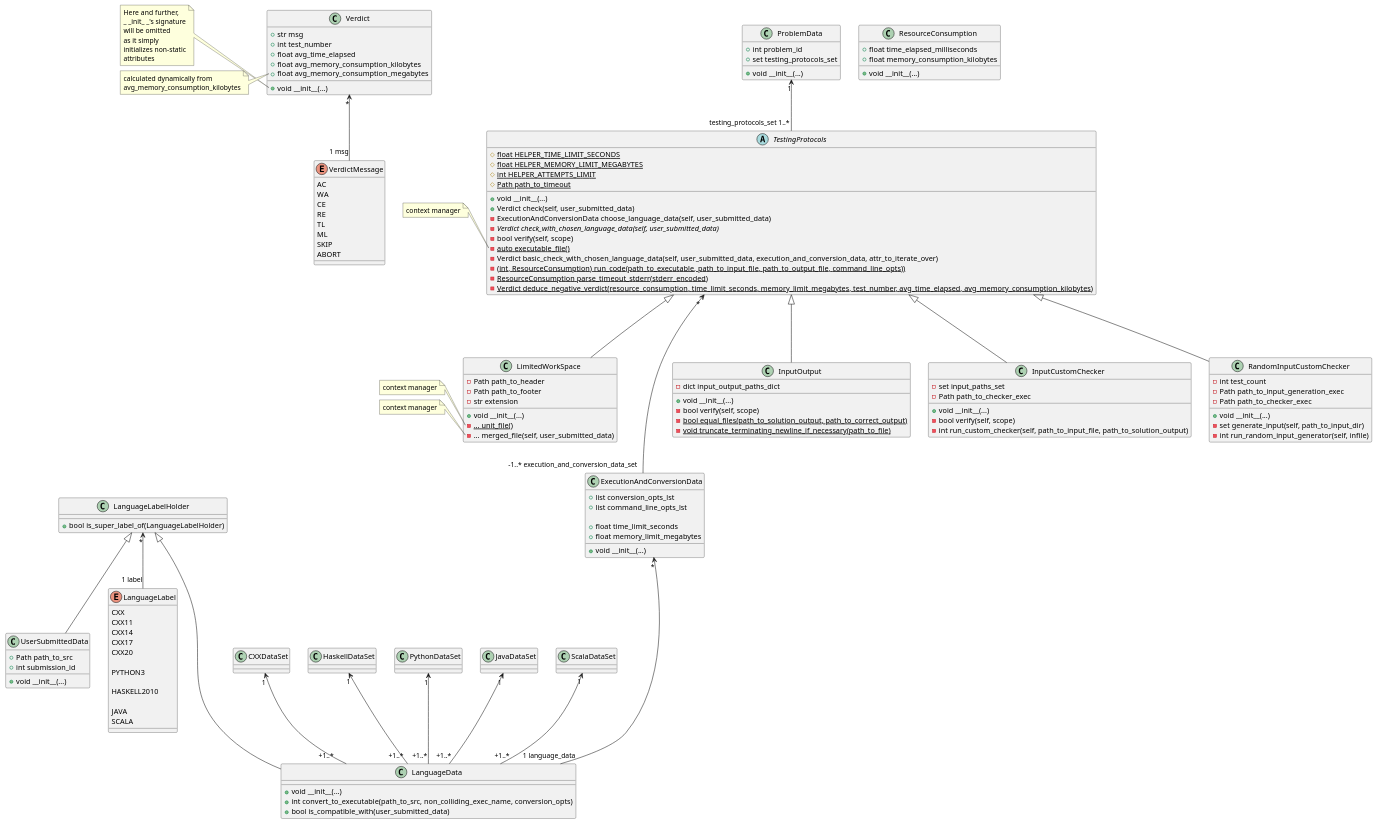
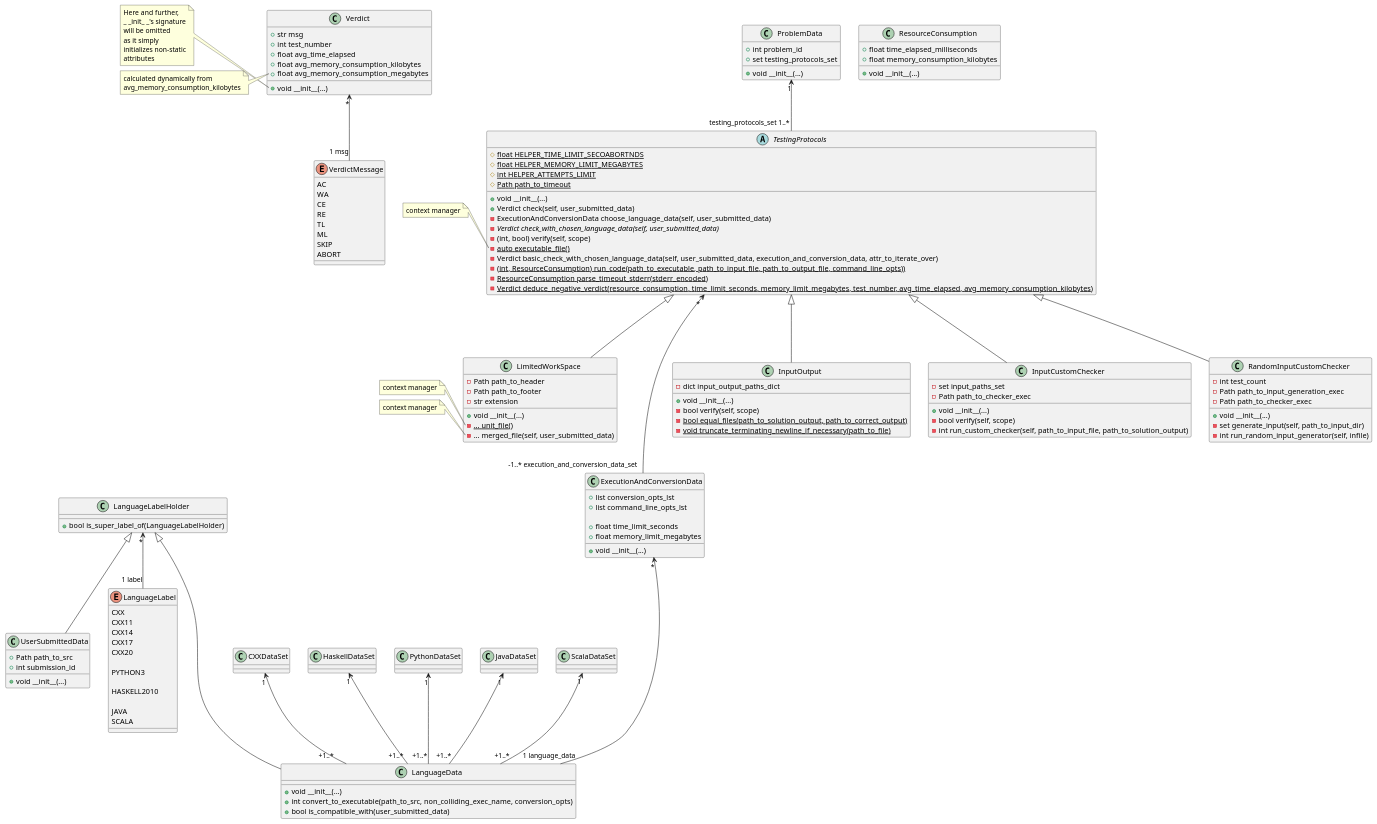
Before and after one commit to IgorZhiltsoff/TPy_project: the diagram in TestingSystem/TestingProtocols/Class_TestingProtocols.puml, drawn with PlantUML. The commit also changed 6 other files, not shown here.

```diff
--- a/TestingSystem/TestingProtocols/Class_TestingProtocols.puml
+++ b/TestingSystem/TestingProtocols/Class_TestingProtocols.puml
@@ -126,7 +126,7 @@
 ' ========================== PROTOCOLS =========================
 
 abstract class TestingProtocols {
-    #{static} float HELPER_TIME_LIMIT_SECONDS
+    #{static} float HELPER_TIME_LIMIT_SECOABORTNDS
     #{static} float HELPER_MEMORY_LIMIT_MEGABYTES
     #{static} int HELPER_ATTEMPTS_LIMIT
     #{static} Path path_to_timeout
@@ -135,7 +135,7 @@
     +Verdict check(self, user_submitted_data)
     -ExecutionAndConversionData choose_language_data(self, user_submitted_data)
     -{abstract} Verdict check_with_chosen_language_data(self, user_submitted_data)
-    -bool verify(self, scope)
+    -(int, bool) verify(self, scope)
     -{static} auto executable_file()
     -Verdict basic_check_with_chosen_language_data(self, user_submitted_data, execution_and_conversion_data, attr_to_iterate_over)
     -{static} (int, ResourceConsumption) run_code(path_to_executable, path_to_input_file, path_to_output_file, command_line_opts))
```
